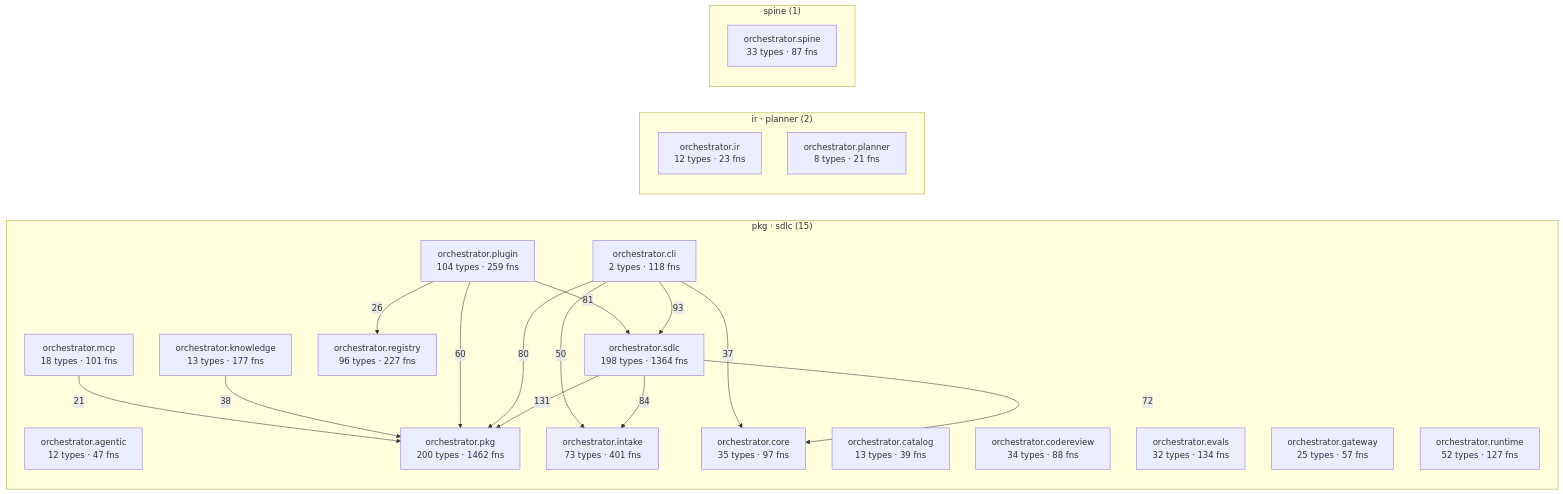
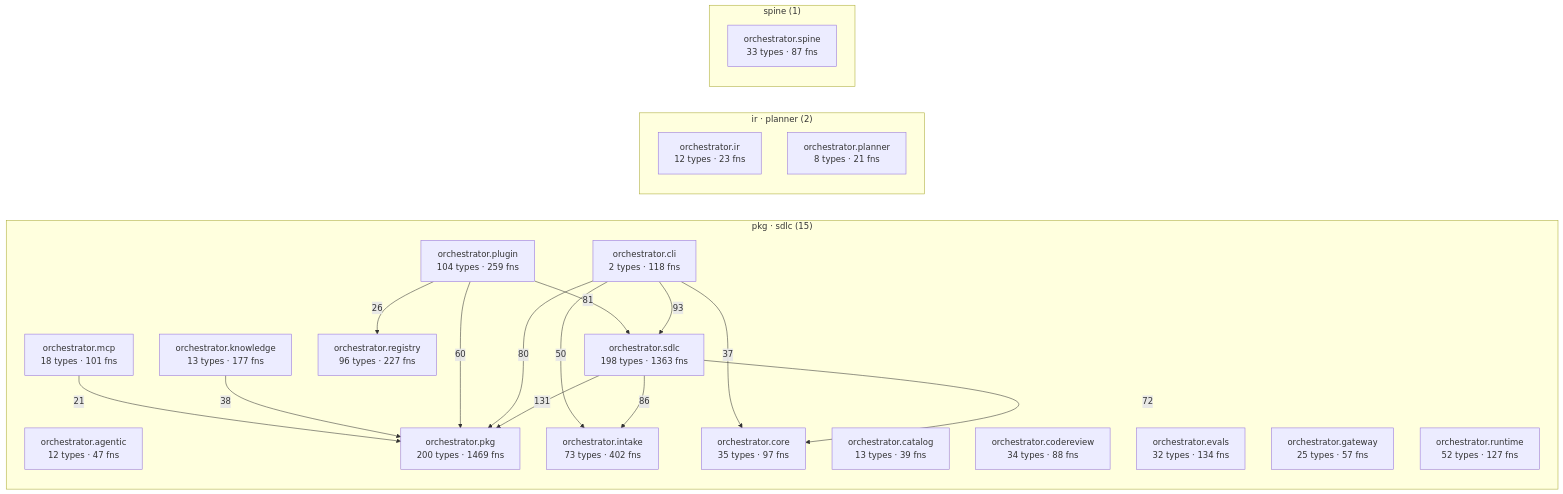
Before and after one commit to synaptixs/spine: the diagram in episteme/architecture.md, drawn with Mermaid. The commit also changed other lines of this file and 18 other files, not shown here.

````diff
--- a/episteme/architecture.md
+++ b/episteme/architecture.md
@@ -56,39 +56,39 @@
 ```mermaid
 flowchart LR
   subgraph c_2["pkg · sdlc (15)"]
     aorchestratoragentic["orchestrator.agentic<br/>12 types · 47 fns"]
     aorchestratorcatalog["orchestrator.catalog<br/>13 types · 39 fns"]
     aorchestratorcli["orchestrator.cli<br/>2 types · 118 fns"]
     aorchestratorcodereview["orchestrator.codereview<br/>34 types · 88 fns"]
     aorchestratorcore["orchestrator.core<br/>35 types · 97 fns"]
     aorchestratorevals["orchestrator.evals<br/>32 types · 134 fns"]
     aorchestratorgateway["orchestrator.gateway<br/>25 types · 57 fns"]
-    aorchestratorintake["orchestrator.intake<br/>73 types · 401 fns"]
+    aorchestratorintake["orchestrator.intake<br/>73 types · 402 fns"]
     aorchestratorknowledge["orchestrator.knowledge<br/>13 types · 177 fns"]
     aorchestratormcp["orchestrator.mcp<br/>18 types · 101 fns"]
-    aorchestratorpkg["orchestrator.pkg<br/>200 types · 1462 fns"]
+    aorchestratorpkg["orchestrator.pkg<br/>200 types · 1469 fns"]
     aorchestratorplugin["orchestrator.plugin<br/>104 types · 259 fns"]
     aorchestratorregistry["orchestrator.registry<br/>96 types · 227 fns"]
     aorchestratorruntime["orchestrator.runtime<br/>52 types · 127 fns"]
-    aorchestratorsdlc["orchestrator.sdlc<br/>198 types · 1364 fns"]
+    aorchestratorsdlc["orchestrator.sdlc<br/>198 types · 1363 fns"]
   end
   subgraph c_6["ir · planner (2)"]
     aorchestratorir["orchestrator.ir<br/>12 types · 23 fns"]
     aorchestratorplanner["orchestrator.planner<br/>8 types · 21 fns"]
   end
   subgraph c_12["spine (1)"]
     aorchestratorspine["orchestrator.spine<br/>33 types · 87 fns"]
   end
   aorchestratorsdlc -->|131| aorchestratorpkg
   aorchestratorcli -->|93| aorchestratorsdlc
-  aorchestratorsdlc -->|84| aorchestratorintake
+  aorchestratorsdlc -->|86| aorchestratorintake
   aorchestratorplugin -->|81| aorchestratorsdlc
   aorchestratorcli -->|80| aorchestratorpkg
   aorchestratorsdlc -->|72| aorchestratorcore
   aorchestratorplugin -->|60| aorchestratorpkg
   aorchestratorcli -->|50| aorchestratorintake
   aorchestratorknowledge -->|38| aorchestratorpkg
   aorchestratorcli -->|37| aorchestratorcore
   aorchestratorplugin -->|26| aorchestratorregistry
   aorchestratormcp -->|21| aorchestratorpkg
 ```
````
